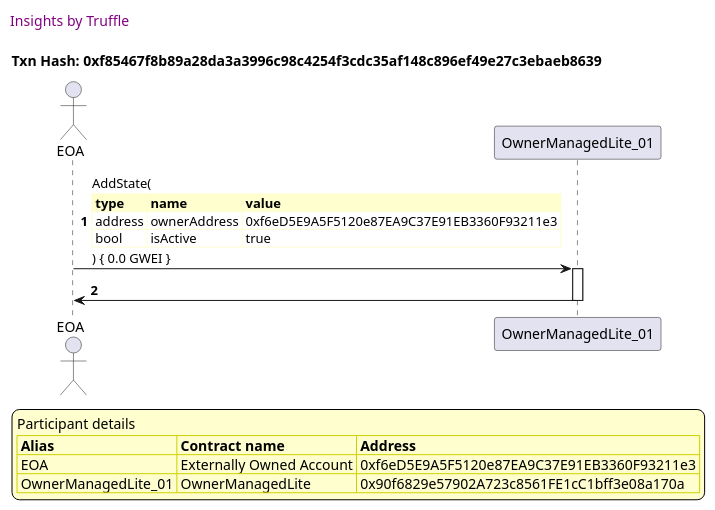
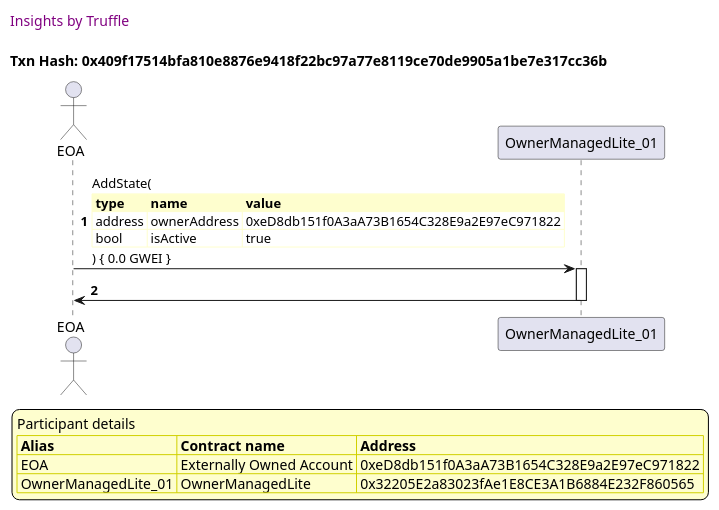
Before and after one commit to thedarkjester/ConsensysAssignment: the fifth of 15 diagrams in truffle-seq/OwnerManagedLite_test_agree_to_state_change.md, drawn with PlantUML. The commit also changed other lines of this file and 13 other files, not shown here.

````diff
--- a/truffle-seq/OwnerManagedLite_test_agree_to_state_change.md
+++ b/truffle-seq/OwnerManagedLite_test_agree_to_state_change.md
@@ -197,41 +197,41 @@
 ```plantuml
 
 
 @startuml
 
 autonumber
 skinparam legendBackgroundColor #FEFECE
 
 <style>
       header {
         HorizontalAlignment left
         FontColor purple
         FontSize 14
         Padding 10
       }
     </style>
 
 header Insights by Truffle
 
-title Txn Hash: 0xf85467f8b89a28da3a3996c98c4254f3cdc35af148c896ef49e27c3ebaeb8639
+title Txn Hash: 0x409f17514bfa810e8876e9418f22bc97a77e8119ce70de9905a1be7e317cc36b
 
 
 actor EOA as "EOA"
 participant OwnerManagedLite_01 as "OwnerManagedLite_01"
 
 "EOA" -> "OwnerManagedLite_01" ++: AddState(\n\
 <#FEFECE,#FEFECE>|= type |= name |= value |\n\
-| address | ownerAddress | 0xf6eD5E9A5F5120e87EA9C37E91EB3360F93211e3 |\n\
+| address | ownerAddress | 0xeD8db151f0A3aA73B1654C328E9a2E97eC971822 |\n\
 | bool | isActive | true |\n\
 ) { 0.0 GWEI }
 "OwnerManagedLite_01" -> "EOA" --: 
 
 legend
 Participant details
 <#FEFECE,#D0D000>|= Alias |= Contract name |= Address |
-<#FEFECE>| EOA | Externally Owned Account | 0xf6eD5E9A5F5120e87EA9C37E91EB3360F93211e3 |
-<#FEFECE>| OwnerManagedLite_01 | OwnerManagedLite | 0x90f6829e57902A723c8561FE1cC1bff3e08a170a |
+<#FEFECE>| EOA | Externally Owned Account | 0xeD8db151f0A3aA73B1654C328E9a2E97eC971822 |
+<#FEFECE>| OwnerManagedLite_01 | OwnerManagedLite | 0x32205E2a83023fAe1E8CE3A1B6884E232F860565 |
 endlegend
 
 @enduml
 ```
````
